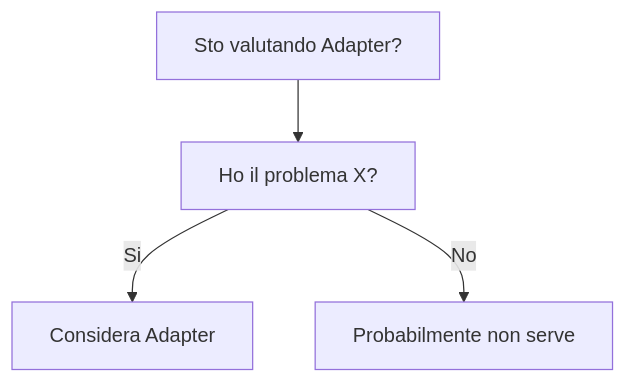
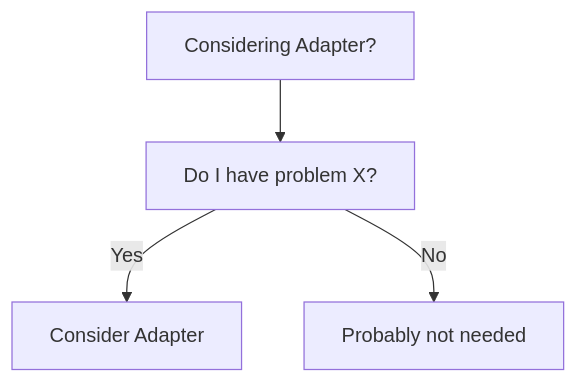
The diagram in dev-wiki/03_Design_Patterns/Structural/Adapter/When_To_Use.md (HxT9/Software-Dev-Wiki), drawn with Mermaid before and after one commit. The commit also changed other lines of this file and 3444 other files, not shown here.

````diff
--- a/dev-wiki/03_Design_Patterns/Structural/Adapter/When_To_Use.md
+++ b/dev-wiki/03_Design_Patterns/Structural/Adapter/When_To_Use.md
@@ -19,6 +19,6 @@
 ```mermaid
 flowchart TD
-  Q[Sto valutando Adapter?] --> Q1[Ho il problema X?]
-  Q1 -->|Si| OK[Considera Adapter]
-  Q1 -->|No| NO[Probabilmente non serve]
+  Q[Considering Adapter?] --> Q1[Do I have problem X?]
+  Q1 -->|Yes| OK[Consider Adapter]
+  Q1 -->|No| NO[Probably not needed]
 ```
````
